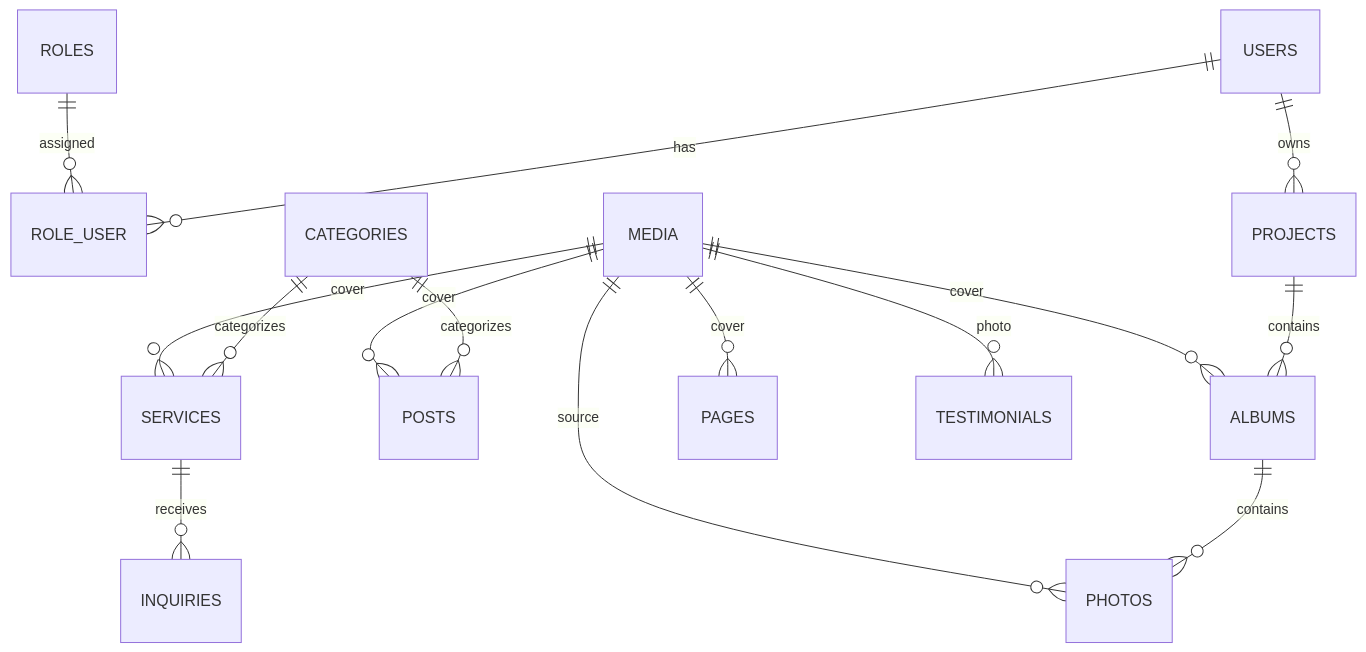
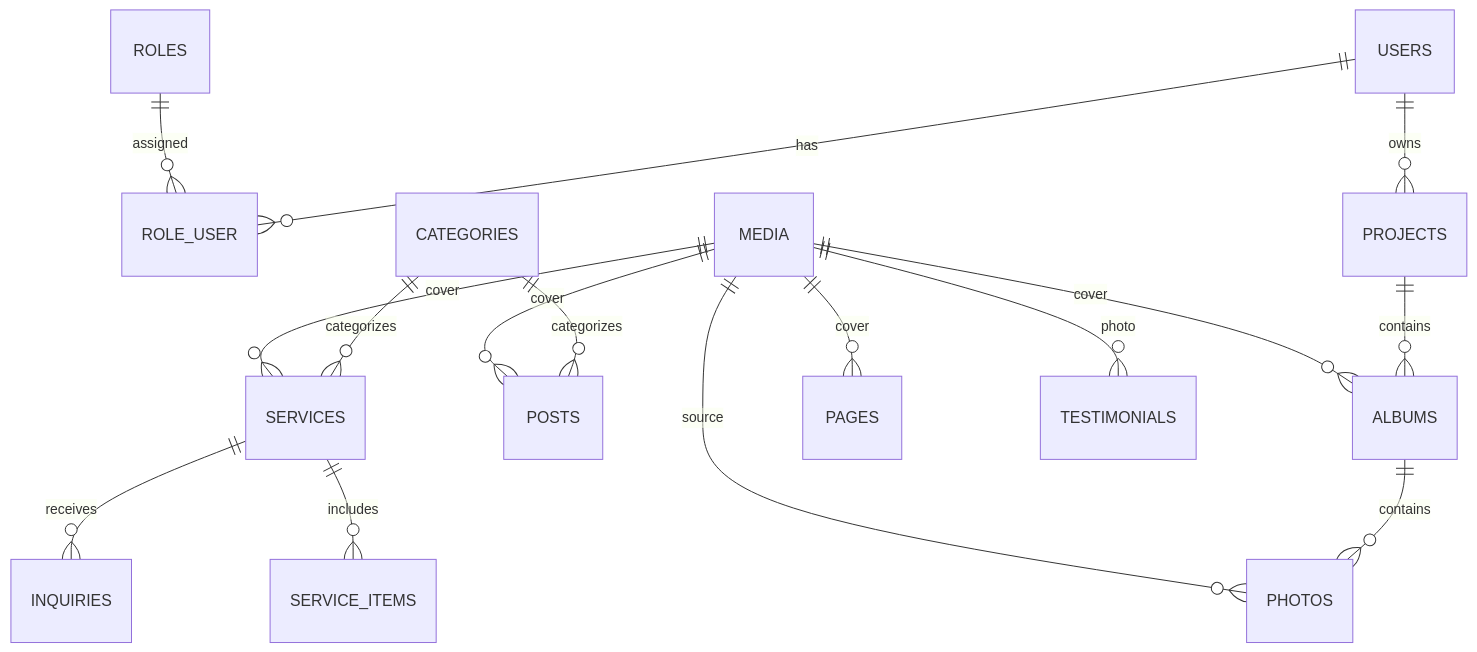
The diagram in fotoskazka/database.md (constklimenko/photostudio), drawn with Mermaid before and after one commit. The commit also changed other lines of this file and 12 other files, not shown here.

````diff
--- a/fotoskazka/database.md
+++ b/fotoskazka/database.md
@@ -47,25 +47,26 @@
 ```mermaid
 erDiagram
 
     USERS ||--o{ ROLE_USER : has
     ROLES ||--o{ ROLE_USER : assigned
 
     USERS ||--o{ PROJECTS : owns
 
     CATEGORIES ||--o{ SERVICES : categorizes
     CATEGORIES ||--o{ POSTS : categorizes
 
     PROJECTS ||--o{ ALBUMS : contains
     ALBUMS ||--o{ PHOTOS : contains
 
     MEDIA ||--o{ PHOTOS : source
 
     MEDIA ||--o{ POSTS : cover
     MEDIA ||--o{ SERVICES : cover
     MEDIA ||--o{ ALBUMS : cover
     MEDIA ||--o{ PAGES : cover
     MEDIA ||--o{ TESTIMONIALS : photo
 
     SERVICES ||--o{ INQUIRIES : receives
+    SERVICES ||--o{ SERVICE_ITEMS : includes
 
 ```
````
